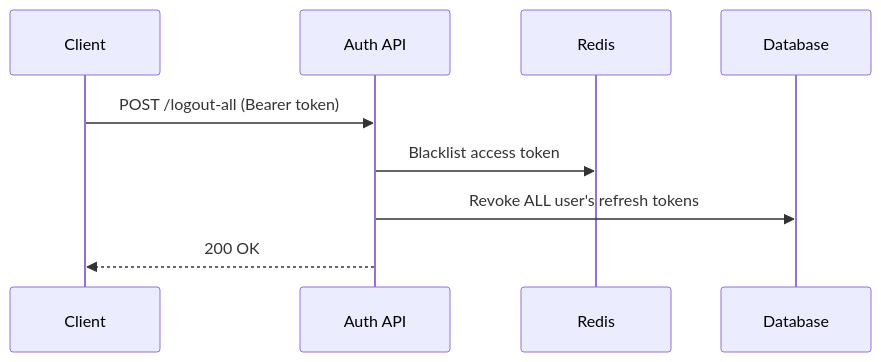
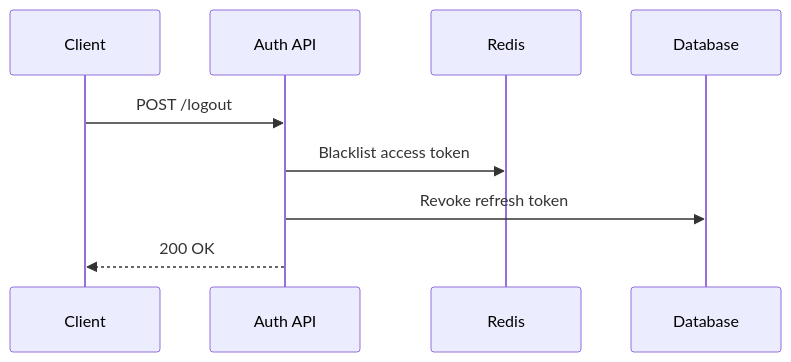
Before and after one commit to ivanhernandez-dev/auth-service: the fifth of 8 diagrams in README.md, drawn with Mermaid. The commit also changed other lines of this file and 1 other file, not shown here.

````diff
--- a/README.md
+++ b/README.md
@@ -191,11 +259,11 @@
 ```mermaid
 sequenceDiagram
     participant C as Client
     participant A as Auth API
     participant R as Redis
     participant DB as Database
-    C->>A: POST /logout-all (Bearer token)
+    C->>A: POST /logout
     A->>R: Blacklist access token
-    A->>DB: Revoke ALL user's refresh tokens
+    A->>DB: Revoke refresh token
     A-->>C: 200 OK
 ```
````
